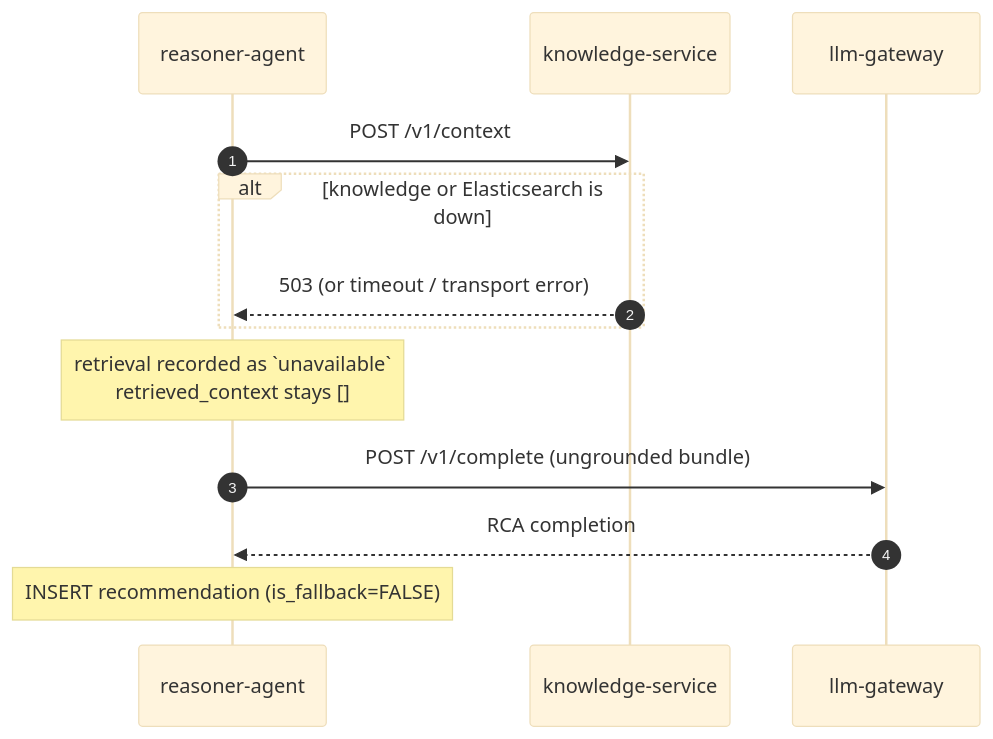
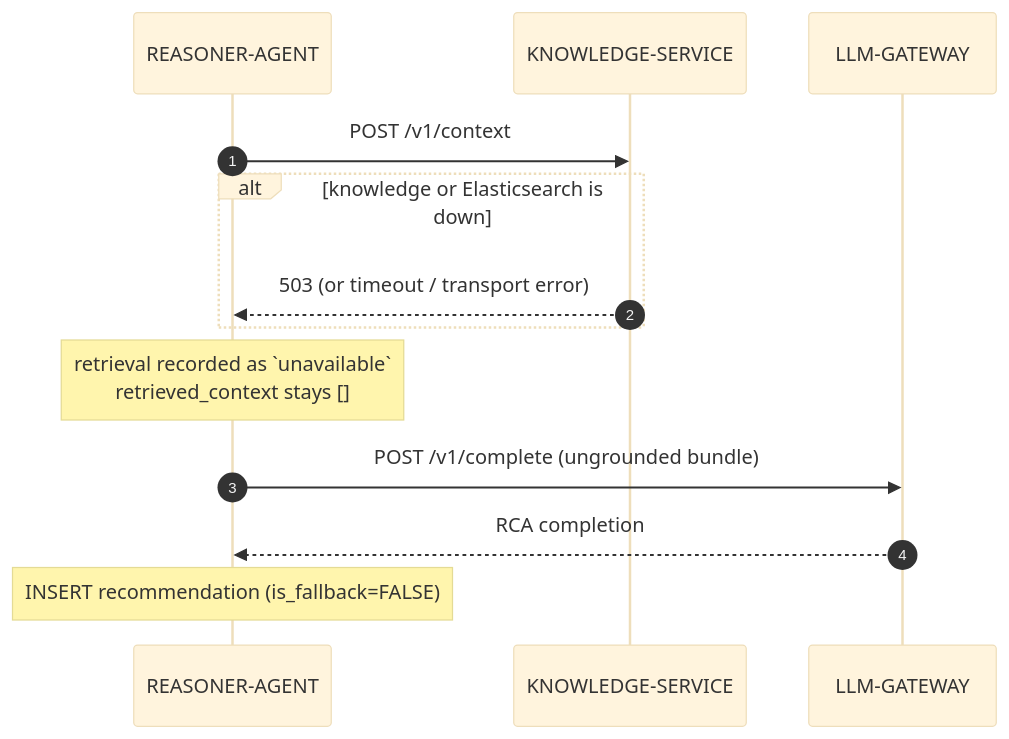
One commit to k-kohli10/radar-system changed the fourth of 6 diagrams in docs/architecture/sequence-flows.md. Above: the diagram before and after it, drawn with Mermaid (base theme). The commit also changed other lines of this file and 4 other files, not shown here.

Commit message:
docs(diagrams): uppercase service names and drop <small> tags

````diff
--- a/docs/architecture/sequence-flows.md
+++ b/docs/architecture/sequence-flows.md
@@ -178,16 +178,16 @@
 ```mermaid
 sequenceDiagram
     autonumber
-    participant reasoner as reasoner-agent
-    participant knowledge as knowledge-service
-    participant llm as llm-gateway
+    participant reasoner as REASONER-AGENT
+    participant knowledge as KNOWLEDGE-SERVICE
+    participant llm as LLM-GATEWAY
 
     reasoner->>knowledge: POST /v1/context
     alt knowledge or Elasticsearch is down
         knowledge-->>reasoner: 503 (or timeout / transport error)
     end
     Note over reasoner: retrieval recorded as `unavailable`<br/>retrieved_context stays []
     reasoner->>llm: POST /v1/complete (ungrounded bundle)
     llm-->>reasoner: RCA completion
     Note over reasoner: INSERT recommendation (is_fallback=FALSE)
 ```
````
